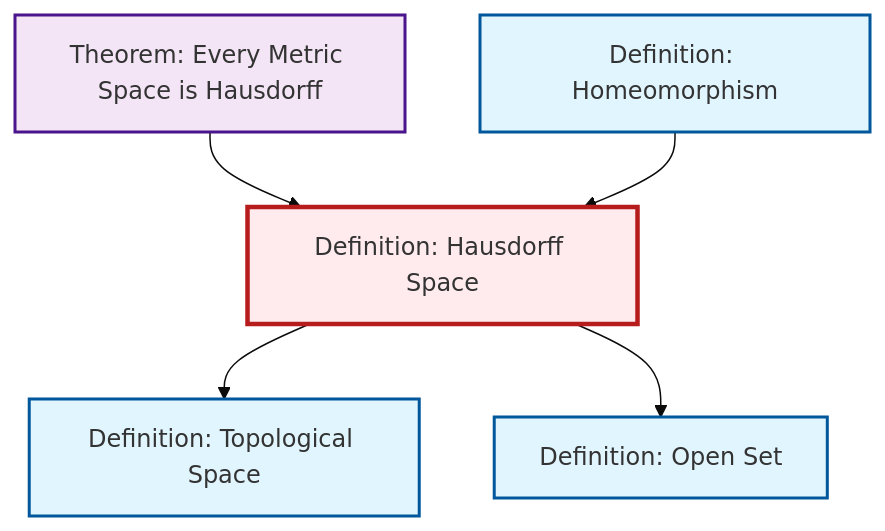
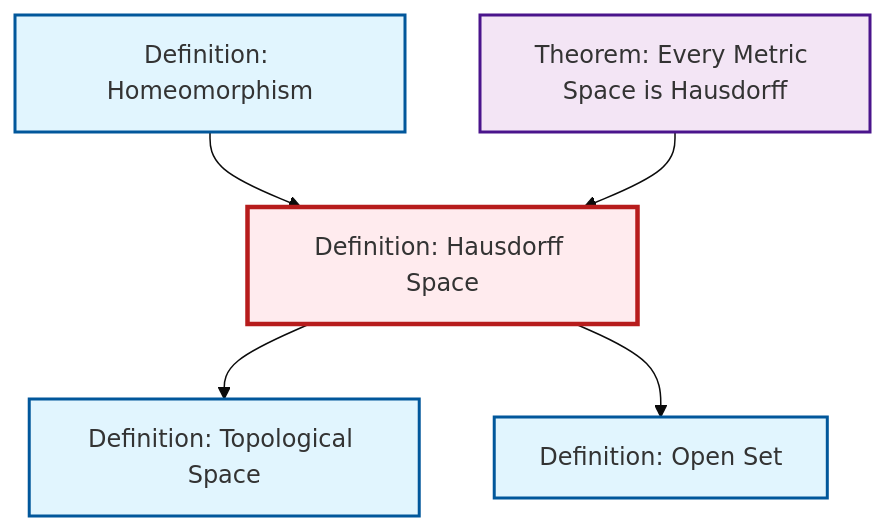
Before and after one commit to RK0429/ModernMath: the diagram in content/ja/topology/def-hausdorff.qmd, drawn with Mermaid (base theme). The commit also changed other lines of this file and 531 other files, not shown here.

````diff
--- a/content/ja/topology/def-hausdorff.qmd
+++ b/content/ja/topology/def-hausdorff.qmd
@@ -54,23 +54,23 @@
 ```{mermaid}
 %%| fig-cap: "Local dependency graph"
 graph TD
     classDef definition fill:#e1f5fe,stroke:#01579b,stroke-width:2px
     classDef theorem fill:#f3e5f5,stroke:#4a148c,stroke-width:2px
     classDef axiom fill:#fff3e0,stroke:#e65100,stroke-width:2px
     classDef example fill:#e8f5e9,stroke:#1b5e20,stroke-width:2px
     classDef current fill:#ffebee,stroke:#b71c1c,stroke-width:3px
+    thm-metric-hausdorff["Theorem: Every Metric Space is Hausdorff"]:::theorem
+    def-homeomorphism["Definition: Homeomorphism"]:::definition
+    def-topological-space["Definition: Topological Space"]:::definition
     def-hausdorff["Definition: Hausdorff Space"]:::definition
-    def-homeomorphism["Definition: Homeomorphism"]:::definition
-    thm-metric-hausdorff["Theorem: Every Metric Space is Hausdorff"]:::theorem
-    def-topological-space["Definition: Topological Space"]:::definition
     def-open-set["Definition: Open Set"]:::definition
+    def-hausdorff --> def-topological-space
+    def-homeomorphism --> def-hausdorff
     thm-metric-hausdorff --> def-hausdorff
-    def-homeomorphism --> def-hausdorff
-    def-hausdorff --> def-topological-space
     def-hausdorff --> def-open-set
     class def-hausdorff current
+    click thm-metric-hausdorff "thm-metric-hausdorff.html" "Theorem: Every Metric Space is Hausdorffへ"
     click def-homeomorphism "def-homeomorphism.html" "Definition: Homeomorphismへ"
-    click thm-metric-hausdorff "thm-metric-hausdorff.html" "Theorem: Every Metric Space is Hausdorffへ"
     click def-topological-space "def-topological-space.html" "Definition: Topological Spaceへ"
     click def-open-set "def-open-set.html" "Definition: Open Setへ"
 ```
````
